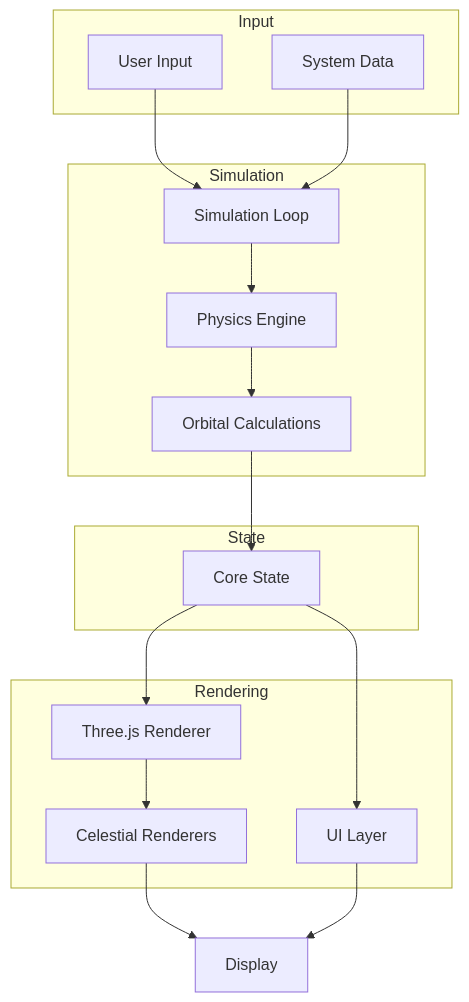
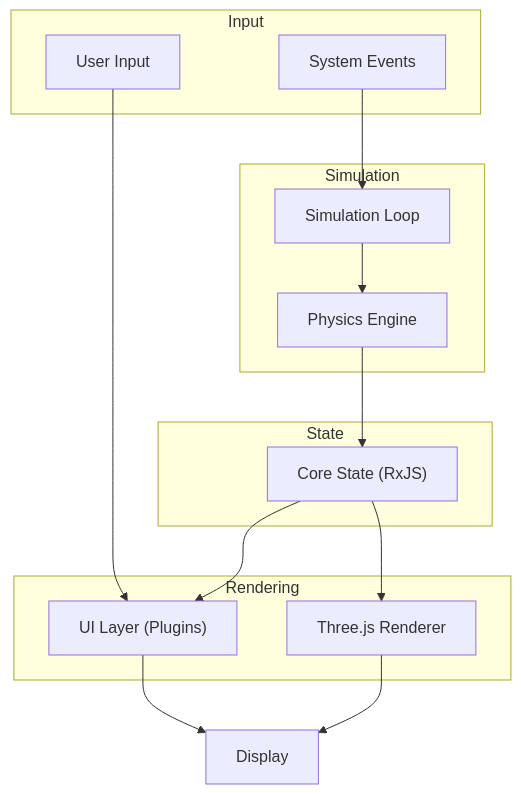
One commit to tanepiper/teskooano changed the second of 2 diagrams in README.md. Above: the diagram before and after it, drawn with Mermaid. The commit also changed other lines of this file and 4 other files, not shown here.

````diff
--- a/README.md
+++ b/README.md
@@ -176,37 +167,33 @@
 ```mermaid
 flowchart TD
-    subgraph Input
-        UserInput[User Input]
-        SystemData[System Data]
+    subgraph "Input"
+        UserInput["User Input"]
+        SystemEvents["System Events"]
     end
 
-    subgraph Simulation
-        SimLoop[Simulation Loop]
-        Physics[Physics Engine]
-        OrbitalCalc[Orbital Calculations]
+    subgraph "Simulation"
+        SimLoop["Simulation Loop"]
+        Physics["Physics Engine"]
     end
 
-    subgraph State
-        CoreState[Core State]
+    subgraph "State"
+        CoreState["Core State (RxJS)"]
     end
 
-    subgraph Rendering
-        Renderer[Three.js Renderer]
-        CelestialRenderer[Celestial Renderers]
-        UILayer[UI Layer]
+    subgraph "Rendering"
+        Renderer["Three.js Renderer"]
+        UILayer["UI Layer (Plugins)"]
     end
 
-    UserInput --> SimLoop
-    SystemData --> SimLoop
+    UserInput --> UILayer
+    SystemEvents --> SimLoop
 
     SimLoop --> Physics
-    Physics --> OrbitalCalc
-    OrbitalCalc --> CoreState
+    Physics --> CoreState
 
     CoreState --> Renderer
     CoreState --> UILayer
 
-    Renderer --> CelestialRenderer
-    CelestialRenderer --> Display
+    Renderer --> Display
     UILayer --> Display
 ```
````
